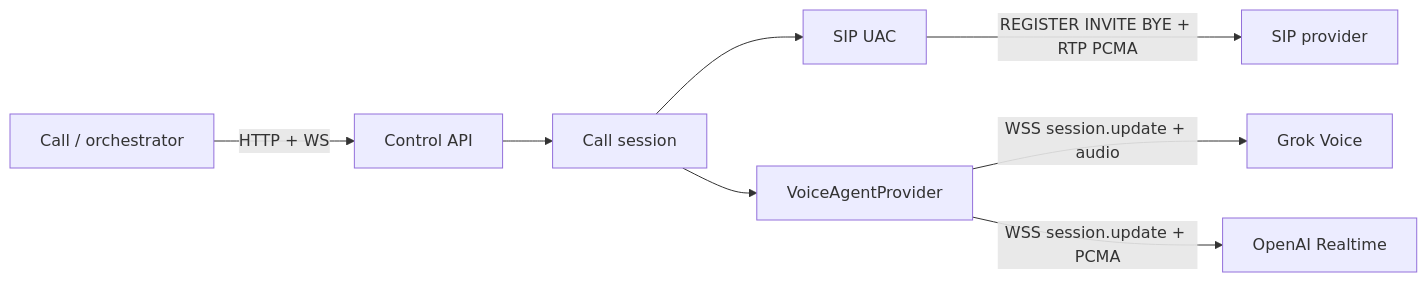
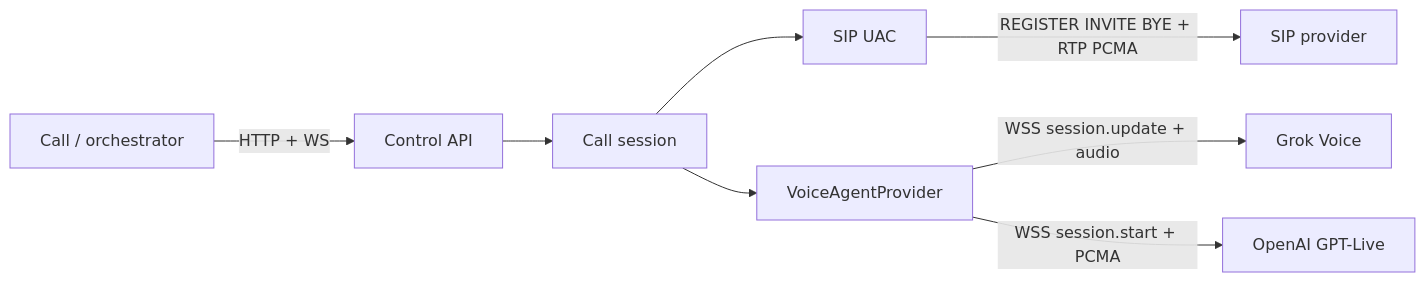
One commit to theophanemayaud/bot-call-bridge changed the diagram in README.md. Above: the diagram before and after it, drawn with Mermaid. The commit also changed other lines of this file and 15 other files, not shown here.

First line of the commit message:
Replace OpenAI Realtime voice path with GPT-Live-1.

````diff
--- a/README.md
+++ b/README.md
@@ -13,10 +13,10 @@
 ```mermaid
 flowchart LR
   orch[Call / orchestrator] -->|HTTP + WS| api[Control API]
   api --> sess[Call session]
   sess --> sip[SIP UAC]
   sess --> voice[VoiceAgentProvider]
   sip -->|REGISTER INVITE BYE + RTP PCMA| carrier[SIP provider]
   voice -->|WSS session.update + audio| grok[Grok Voice]
-  voice -->|WSS session.update + PCMA| oai[OpenAI Realtime]
+  voice -->|WSS session.start + PCMA| oai[OpenAI GPT-Live]
 ```
````
